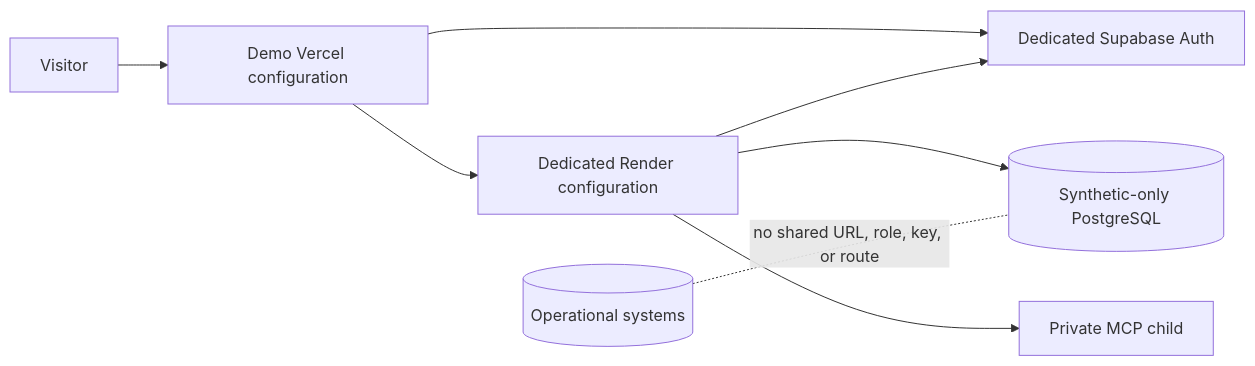
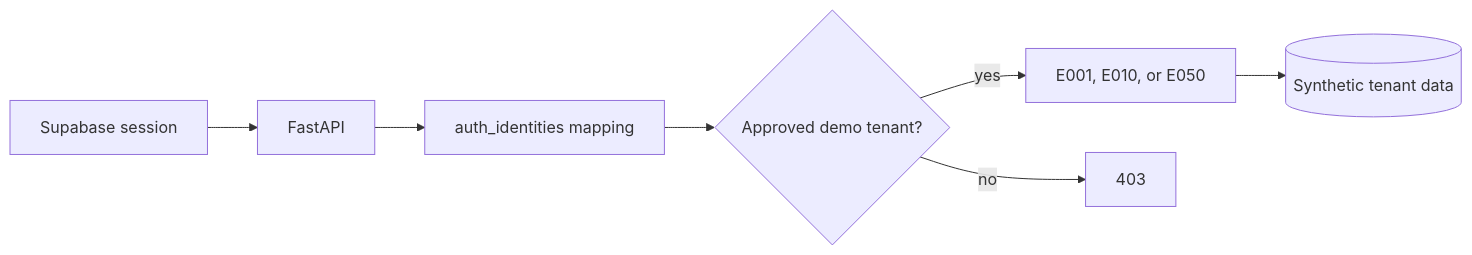
The diagram in docs/DEMO_ARCHITECTURE.md (Ayushdk/AgentOS), drawn with Mermaid before and after one commit. The commit also changed other lines of this file and 36 other files, not shown here.

````diff
--- a/docs/DEMO_ARCHITECTURE.md
+++ b/docs/DEMO_ARCHITECTURE.md
@@ -14,10 +11,9 @@
 ```mermaid
 flowchart LR
-  Visitor --> DemoUI[Demo Vercel configuration]
-  DemoUI --> DemoAuth[Dedicated Supabase Auth]
-  DemoUI --> DemoAPI[Dedicated Render configuration]
-  DemoAPI --> DemoAuth
-  DemoAPI --> DemoDB[(Synthetic-only PostgreSQL)]
-  DemoAPI --> MCP[Private MCP child]
-  Operational[(Operational systems)] -. no shared URL, role, key, or route .- DemoDB
+  Login[Supabase session] --> API[FastAPI]
+  API --> MAP[auth_identities mapping]
+  MAP --> DEMO{Approved demo tenant?}
+  DEMO -->|yes| PERSONA[E001, E010, or E050]
+  DEMO -->|no| DENY[403]
+  PERSONA --> DATA[(Synthetic tenant data)]
 ```
````
